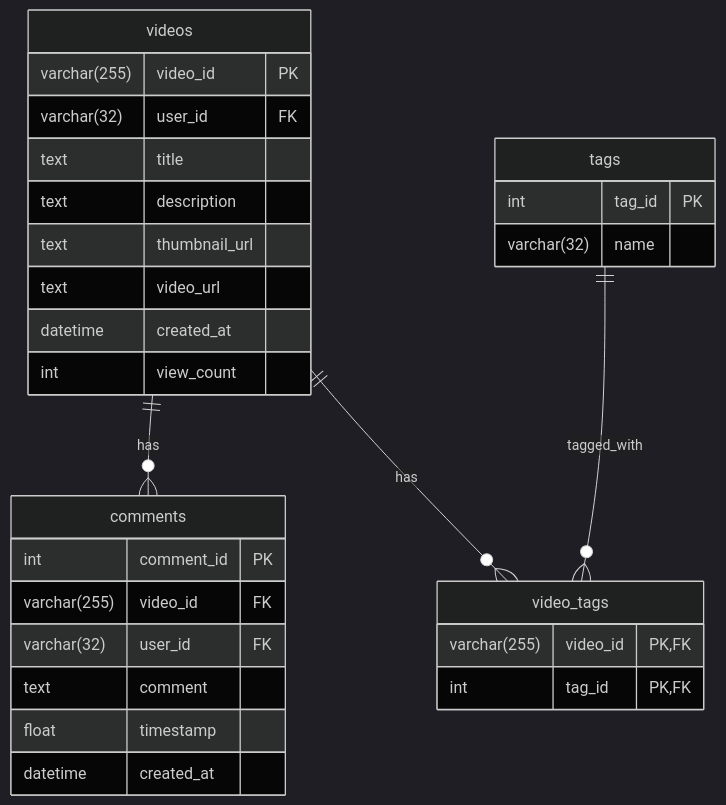
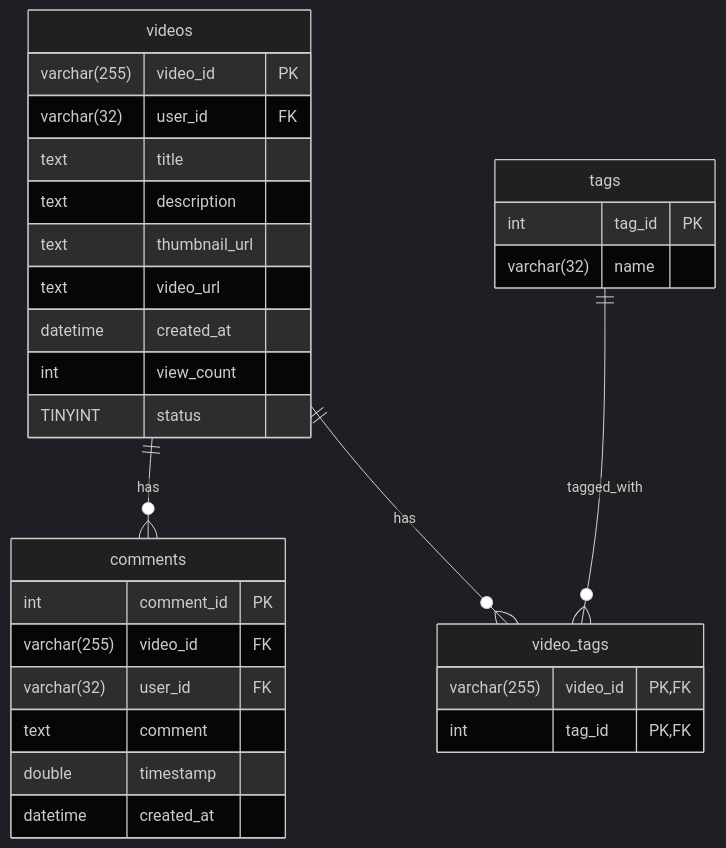
The diagram in docs/schema.md (UnABC/playbacQ), drawn with Mermaid (dark theme) before and after one commit. The commit also changed 13 other files, not shown here.

````diff
--- a/docs/schema.md
+++ b/docs/schema.md
@@ -3,35 +3,36 @@
 ```mermaid
 erDiagram  
   videos {
 	varchar(255) video_id PK
 	varchar(32) user_id FK
 	text title
 	text description
 	text thumbnail_url
 	text video_url
 	datetime created_at
 	int view_count
+	TINYINT status
   }
   comments {
 	int comment_id PK
 	varchar(255) video_id FK
 	varchar(32) user_id FK
 	text comment
-	float timestamp
+	double timestamp
 	datetime created_at
   }
   
   tags {
 	int tag_id PK
 	varchar(32) name
   }
 
   video_tags {
 	varchar(255) video_id PK,FK
 	int tag_id PK,FK
   }
   
   videos||--o{comments : has
   videos||--o{video_tags : has
   tags||--o{video_tags : tagged_with
 ```
````
